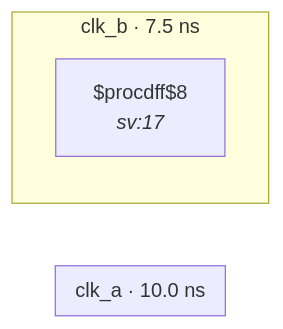
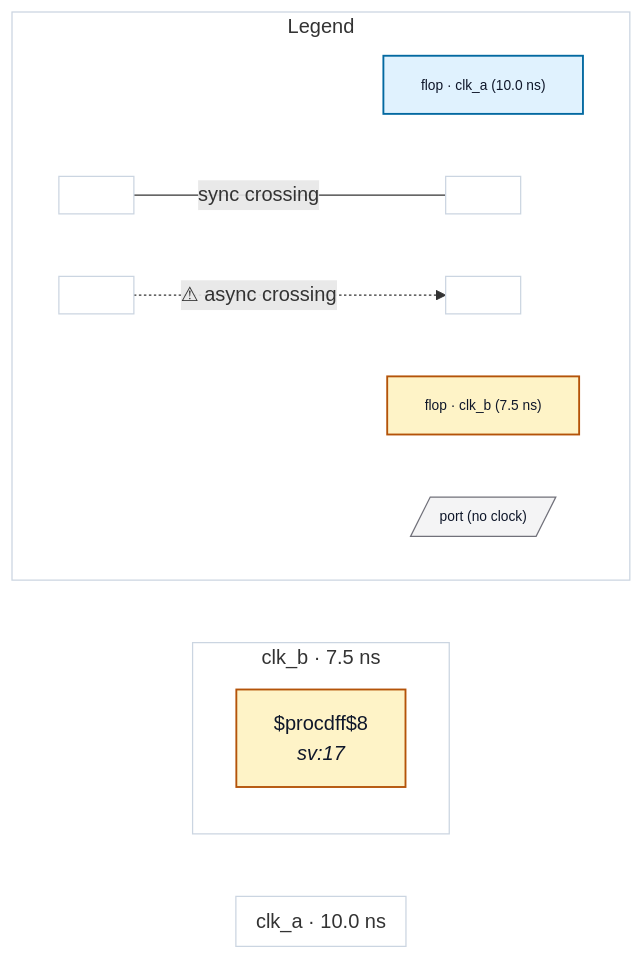
The diagram in tests/fixtures/bad_clock_as_data/README.md (rtl-buddy/rtl-buddy-cdc), drawn with Mermaid before and after one commit. The commit also changed 71 other files, not shown here.

First line of the commit message:
Refresh fixture READMEs + render iterations (colors, legend, nested ports, clock-net edges)

````diff
--- a/tests/fixtures/bad_clock_as_data/README.md
+++ b/tests/fixtures/bad_clock_as_data/README.md
@@ -14,12 +14,37 @@
 ```mermaid
 %% bad_clock_as_data — generated by rtl-buddy-cdc render
 flowchart LR
   subgraph clk_clk_a["clk_a · 10.0 ns"]
     direction TB
   end
   subgraph clk_clk_b["clk_b · 7.5 ns"]
     direction TB
-    f_58585442["$procdff$8<br/><i>sv:17</i>"]
+    f_58585442["$procdff$8<br/><i>sv:17</i>"]:::ckcls_clk_b
   end
-  classDef port fill:#f4f4f5,stroke:#71717a
+  subgraph rb_legend["Legend"]
+    direction LR
+    lg_clk_clk_a["flop · clk_a (10.0 ns)"]:::ckcls_clk_a
+    lg_clk_clk_b["flop · clk_b (7.5 ns)"]:::ckcls_clk_b
+    lg_port[/"port (no clock)"/]:::port_unassigned
+    lg_sync_a[" "]:::ckcls_legend_neutral
+    lg_sync_b[" "]:::ckcls_legend_neutral
+    lg_async_a[" "]:::ckcls_legend_neutral
+    lg_async_b[" "]:::ckcls_legend_neutral
+    lg_sync_a --- |"sync crossing"| lg_sync_b
+    lg_async_a -. "⚠ async crossing" .-> lg_async_b
+  end
+  style clk_clk_a fill:none,stroke:#cbd5e1
+  style clk_clk_b fill:none,stroke:#cbd5e1
+  style rb_legend fill:none,stroke:#cbd5e1
+  style lg_clk_clk_a font-size:11px
+  style lg_clk_clk_b font-size:11px
+  style lg_port font-size:11px
+  style lg_sync_a font-size:11px
+  style lg_sync_b font-size:11px
+  style lg_async_a font-size:11px
+  style lg_async_b font-size:11px
+  classDef ckcls_clk_a fill:#e0f2fe,stroke:#0369a1,stroke-width:1.5px,color:#0f172a
+  classDef ckcls_clk_b fill:#fef3c7,stroke:#b45309,stroke-width:1.5px,color:#0f172a
+  classDef port_unassigned fill:#f4f4f5,stroke:#71717a,color:#0f172a
+  classDef ckcls_legend_neutral fill:#ffffff,stroke:#cbd5e1,stroke-width:1px,color:#0f172a
 ```
````
